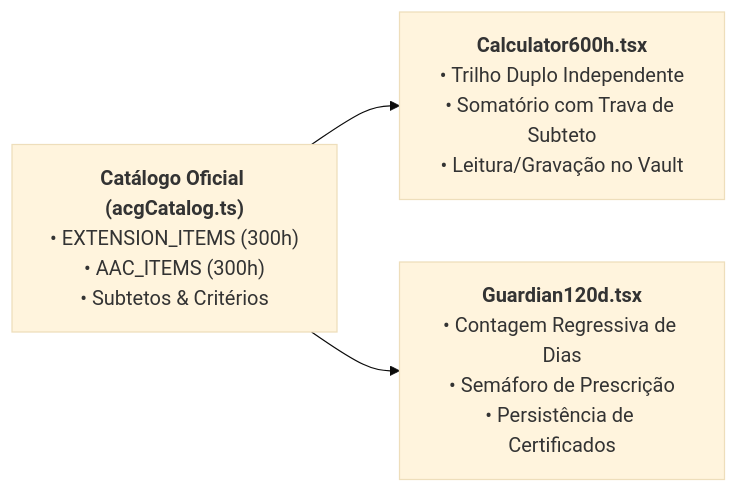
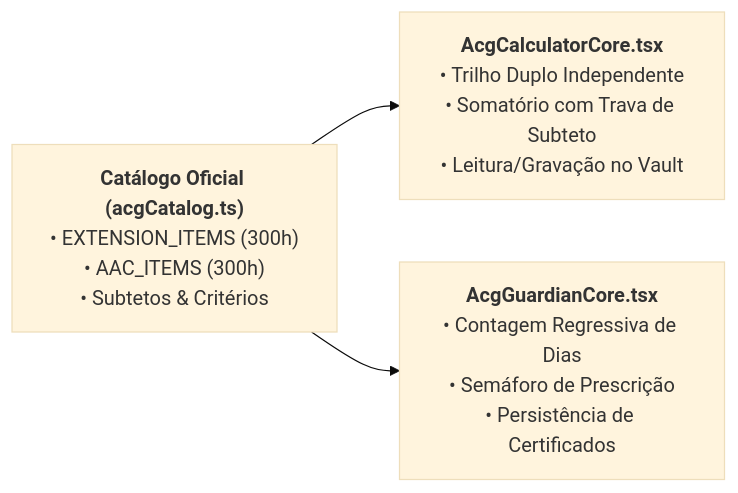
The first of 2 diagrams in docs/architecture/03-modules-and-functions.md (chapa-semente/cagp), drawn with Mermaid (base theme) before and after one commit. The commit also changed other lines of this file and 655 other files, not shown here.

````diff
--- a/docs/architecture/03-modules-and-functions.md
+++ b/docs/architecture/03-modules-and-functions.md
@@ -12,11 +12,11 @@
 ```mermaid
 flowchart LR
     Cat["<b>Catálogo Oficial (acgCatalog.ts)</b><br/>• EXTENSION_ITEMS (300h)<br/>• AAC_ITEMS (300h)<br/>• Subtetos & Critérios"]
     
-    Calc["<b>Calculator600h.tsx</b><br/>• Trilho Duplo Independente<br/>• Somatório com Trava de Subteto<br/>• Leitura/Gravação no Vault"]
+    Calc["<b>AcgCalculatorCore.tsx</b><br/>• Trilho Duplo Independente<br/>• Somatório com Trava de Subteto<br/>• Leitura/Gravação no Vault"]
 
-    Guard["<b>Guardian120d.tsx</b><br/>• Contagem Regressiva de Dias<br/>• Semáforo de Prescrição<br/>• Persistência de Certificados"]
+    Guard["<b>AcgGuardianCore.tsx</b><br/>• Contagem Regressiva de Dias<br/>• Semáforo de Prescrição<br/>• Persistência de Certificados"]
 
     Cat --> Calc
     Cat --> Guard
 ```
````
